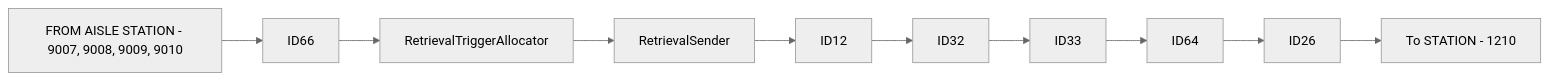
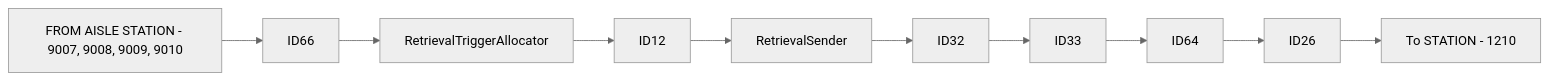
The first of 12 diagrams in Basic-Design/DFD-WMS/Retrieval/Stacked-Empty-Pallet.md (luthfiadityaa/SimeDarby-Wiki), drawn with Mermaid (neutral theme) before and after one commit.

Commit message:
Updated Stacked Empty Pallet

```diff
--- a/Basic-Design/DFD-WMS/Retrieval/Stacked-Empty-Pallet.md
+++ b/Basic-Design/DFD-WMS/Retrieval/Stacked-Empty-Pallet.md
@@ -8,5 +8,5 @@
 ::: mermaid
 flowchart LR
   
-P1[FROM AISLE STATION - 9007, 9008, 9009, 9010]-->P2[ID66]-->P3[RetrievalTriggerAllocator]-->P4[RetrievalSender]-->P41[ID12]-->P5[ID32]-->P6[ID33]-->P7[ID64]-->P9[ID26]-->P10[To STATION - 1210] 
+P1[FROM AISLE STATION - 9007, 9008, 9009, 9010]-->P2[ID66]-->P3[RetrievalTriggerAllocator]-->P41[ID12]-->P4[RetrievalSender]-->P5[ID32]-->P6[ID33]-->P7[ID64]-->P9[ID26]-->P10[To STATION - 1210] 
 :::
```
